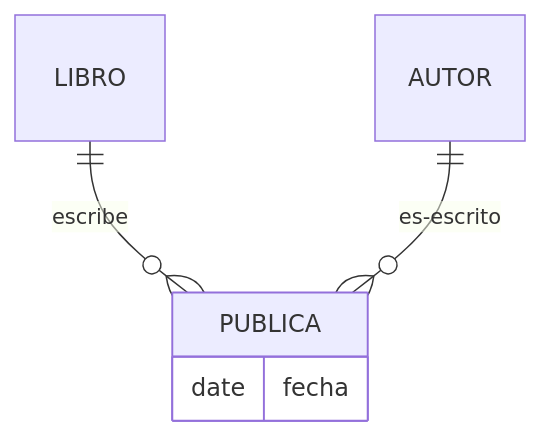
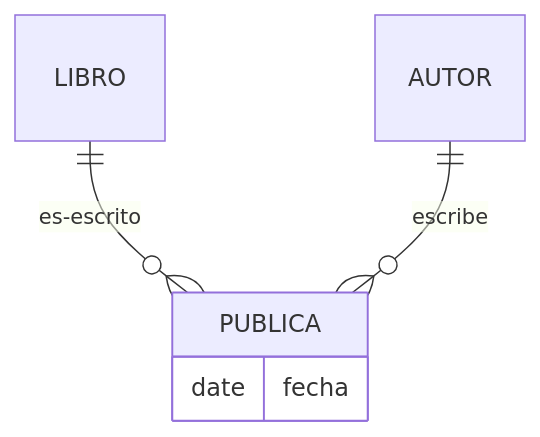
One commit to victorponz/programacion-java changed the fourth of 4 diagrams in _posts/2022-04-13-Convertir-er-clases.md. Above: the diagram before and after it, drawn with Mermaid.

````diff
--- a/_posts/2022-04-13-Convertir-er-clases.md
+++ b/_posts/2022-04-13-Convertir-er-clases.md
@@ -108,9 +108,9 @@
 ```mermaid
 erDiagram
-    LIBRO ||--o{ PUBLICA : escribe
-    AUTOR ||--o{ PUBLICA : es-escrito
+    LIBRO ||--o{ PUBLICA : es-escrito
+    AUTOR ||--o{ PUBLICA : escribe
     PUBLICA {
     	date fecha
     }
     
 ```
````
